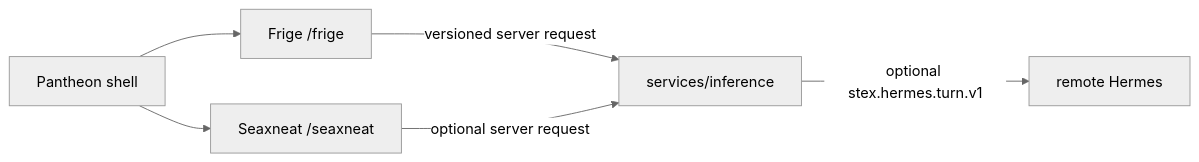
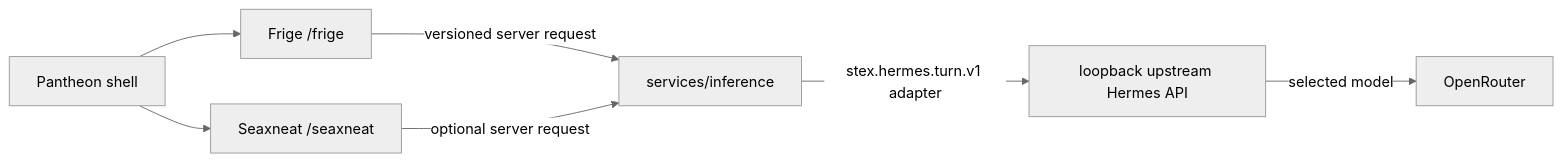
One commit to St-Expedite-Press/stex-suite changed the diagram in docs/WHITEPAPER.md. Above: the diagram before and after it, drawn with Mermaid (neutral theme). The commit also changed other lines of this file and 21 other files, not shown here.

Commit message:
feat: prepare Hermes H1 runtime adapter

````diff
--- a/docs/WHITEPAPER.md
+++ b/docs/WHITEPAPER.md
@@ -5,8 +5,9 @@
 ```mermaid
 flowchart LR
   Shell[Pantheon shell] --> Frige[Frige /frige]
   Shell --> Seaxneat[Seaxneat /seaxneat]
   Frige -->|versioned server request| Gateway[services/inference]
   Seaxneat -->|optional server request| Gateway
-  Gateway -->|optional stex.hermes.turn.v1| Hermes[remote Hermes]
+  Gateway -->|stex.hermes.turn.v1 adapter| Hermes[loopback upstream Hermes API]
+  Hermes -->|selected model| OpenRouter[OpenRouter]
 ```
````
